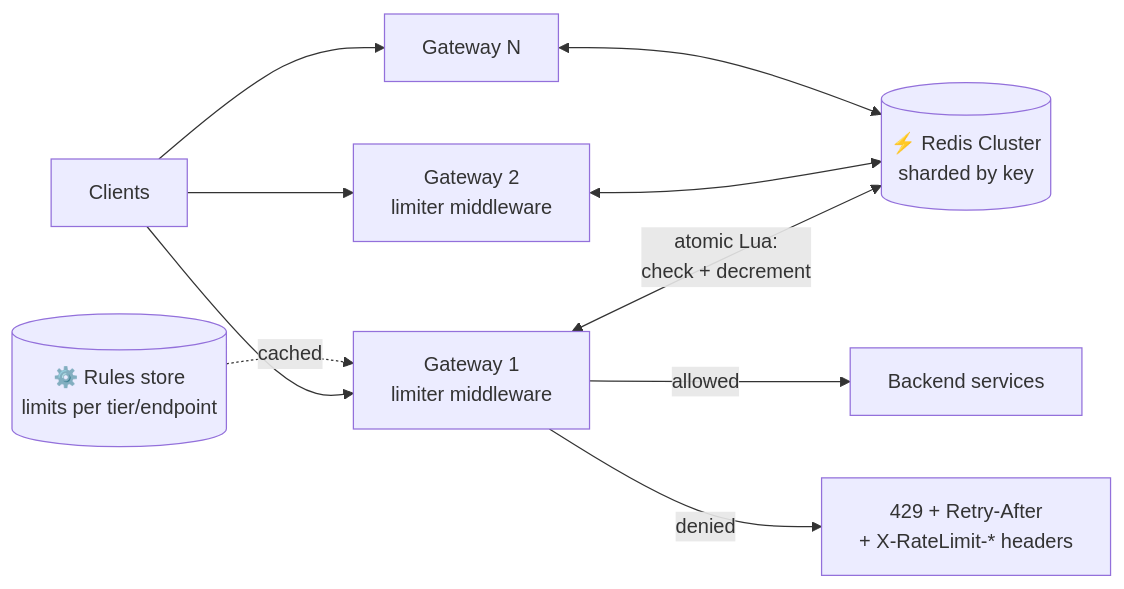
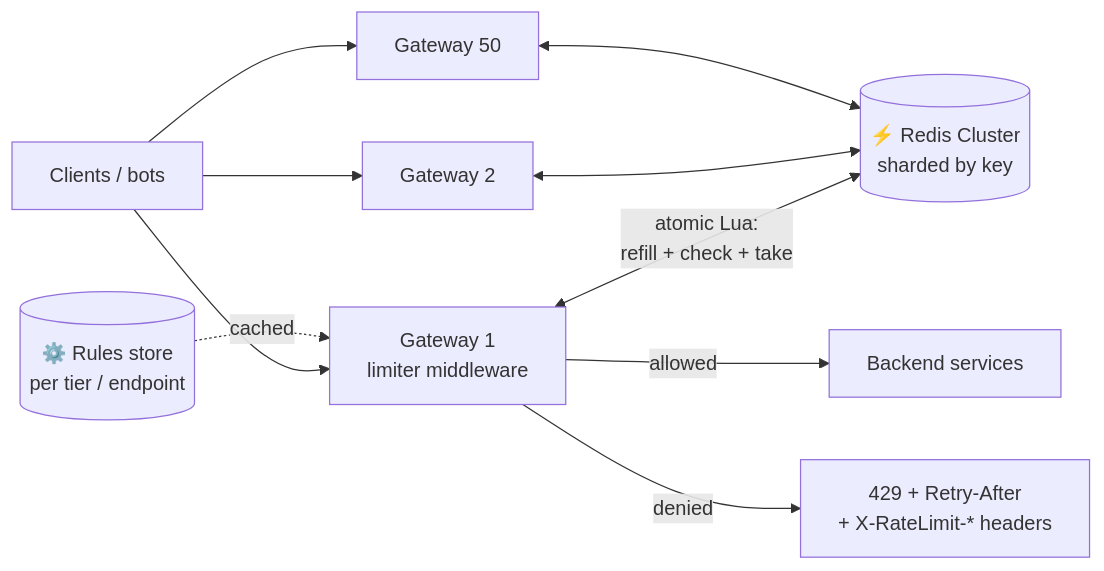
The diagram in phases/09-core-case-studies/075-design-rate-limiter.md (winnyboy5/System-Design-from-Atoms), drawn with Mermaid before and after one commit. The commit also changed other lines of this file and 7 other files, not shown here.

````diff
--- a/phases/09-core-case-studies/075-design-rate-limiter.md
+++ b/phases/09-core-case-studies/075-design-rate-limiter.md
@@ -25,12 +35,12 @@
 ```mermaid
 flowchart LR
-    C["Clients"] --> GW1["Gateway 1<br/>limiter middleware"]
-    C --> GW2["Gateway 2<br/>limiter middleware"]
-    C --> GW3["Gateway N"]
-    GW1 <-->|"atomic Lua:<br/>check + decrement"| R[("⚡ Redis Cluster<br/>sharded by key")]
+    C["Clients / bots"] --> GW1["Gateway 1<br/>limiter middleware"]
+    C --> GW2["Gateway 2"]
+    C --> GW3["Gateway 50"]
+    GW1 <-->|"atomic Lua:<br/>refill + check + take"| R[("⚡ Redis Cluster<br/>sharded by key")]
     GW2 <--> R
     GW3 <--> R
-    CFG[("⚙️ Rules store<br/>limits per tier/endpoint")] -.->|"cached"| GW1
+    CFG[("⚙️ Rules store<br/>per tier / endpoint")] -.->|"cached"| GW1
     GW1 -->|"allowed"| API["Backend services"]
     GW1 -->|"denied"| X["429 + Retry-After<br/>+ X-RateLimit-* headers"]
 ```
````
